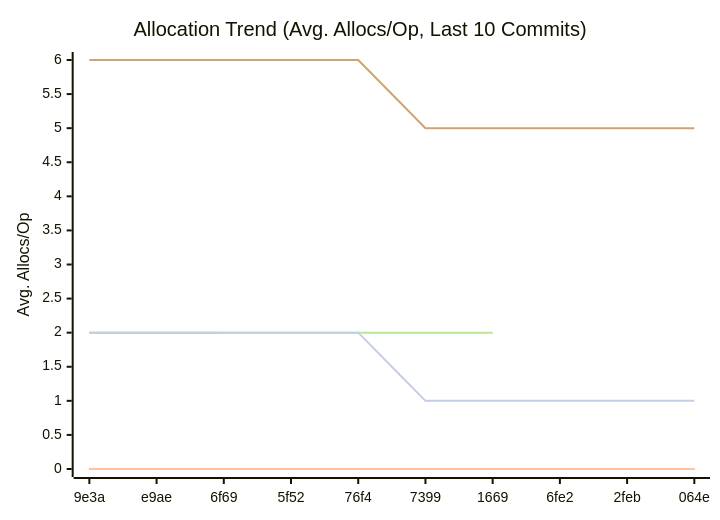
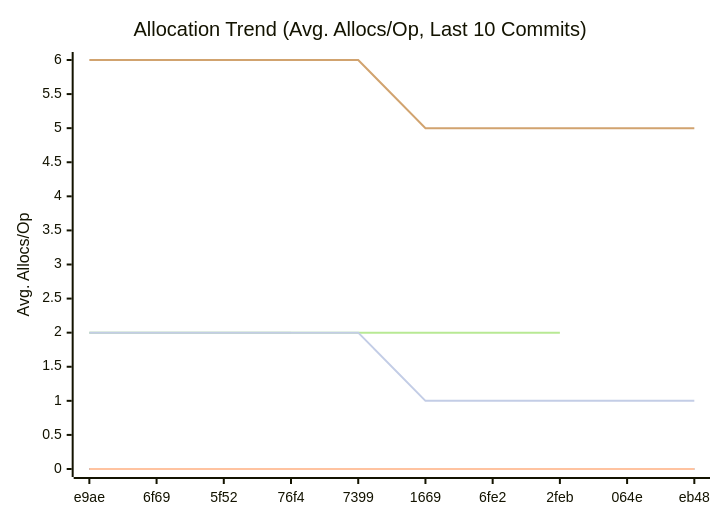
One commit to alsotoes/momo changed the third of 3 diagrams in doc/README.md. Above: the diagram before and after it, drawn with Mermaid. The commit also changed other lines of this file and 1 other file, not shown here.

````diff
--- a/doc/README.md
+++ b/doc/README.md
@@ -326,14 +326,14 @@
 ```mermaid
 xychart-beta
     title "Allocation Trend (Avg. Allocs/Op, Last 10 Commits)"
     x-axis "Commit"
     y-axis "Avg. Allocs/Op"
-    x-axis [9e3a,e9ae,6f69,5f52,76f4,7399,1669,6fe2,2feb,064e]
+    x-axis [e9ae,6f69,5f52,76f4,7399,1669,6fe2,2feb,064e,eb48]
     line "CheckMetricsAndSwap" [0,0,0,0,0,0,0,0,0,0]
     line "IndexDirectTracking" [0,0,0,0,0,0,0,0,0,0]
     line "IndexSearch" [0,0,0,0,0,0,0,0,0,0]
-    line "LoadGlobalConfig" [2,2,2]
-    line "PadString" [2,2,2,2,2,2,2]
+    line "LoadGlobalConfig" [2,2,2,2]
+    line "PadString" [2,2,2,2,2,2,2,2]
     line "ParseReplicationOrder_NoPrealloc" [6,6,6,6,6,5,5,5,5,5]
     line "ParseReplicationOrder_Prealloc" [2,2,2,2,2,1,1,1,1,1]
 ```
````
